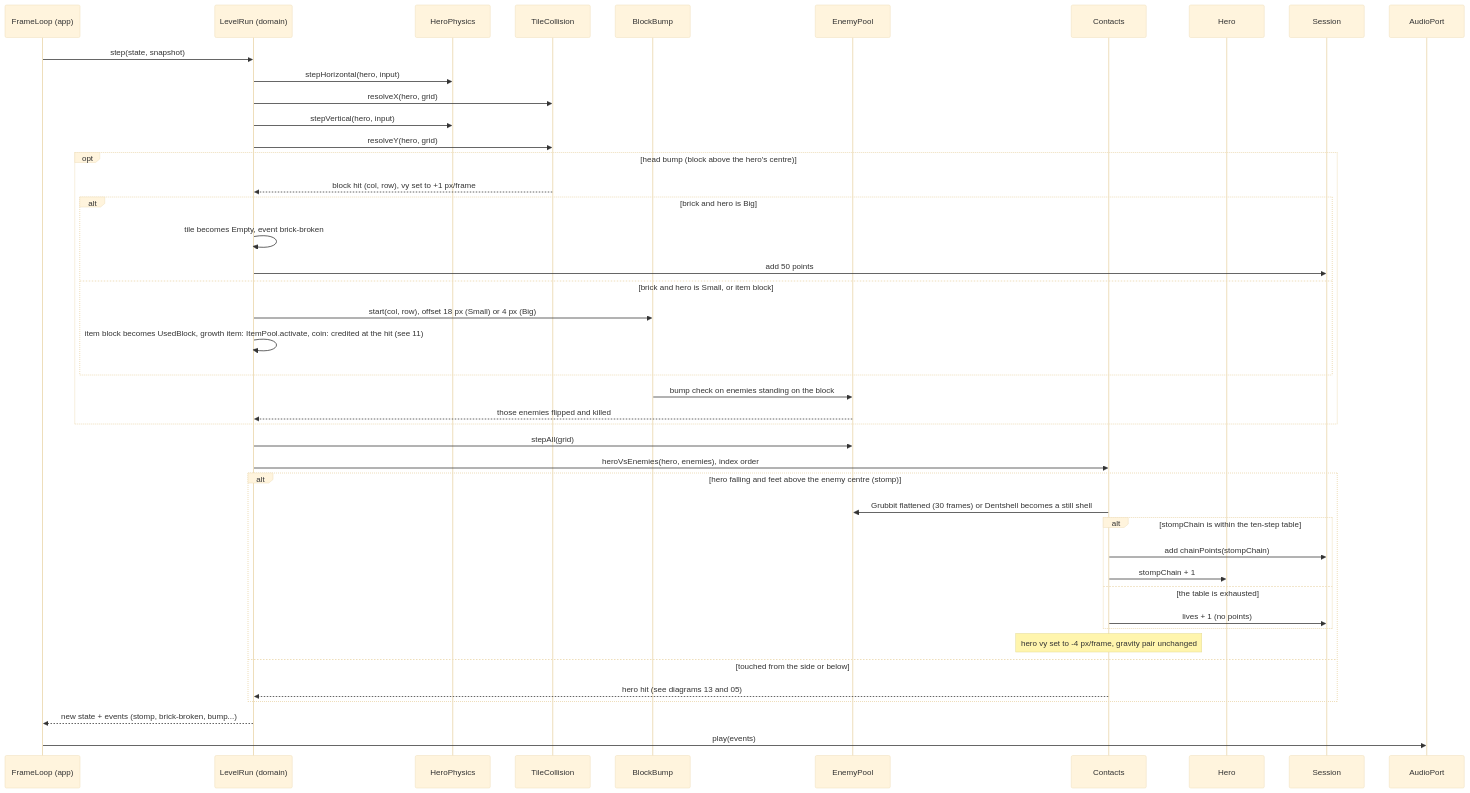
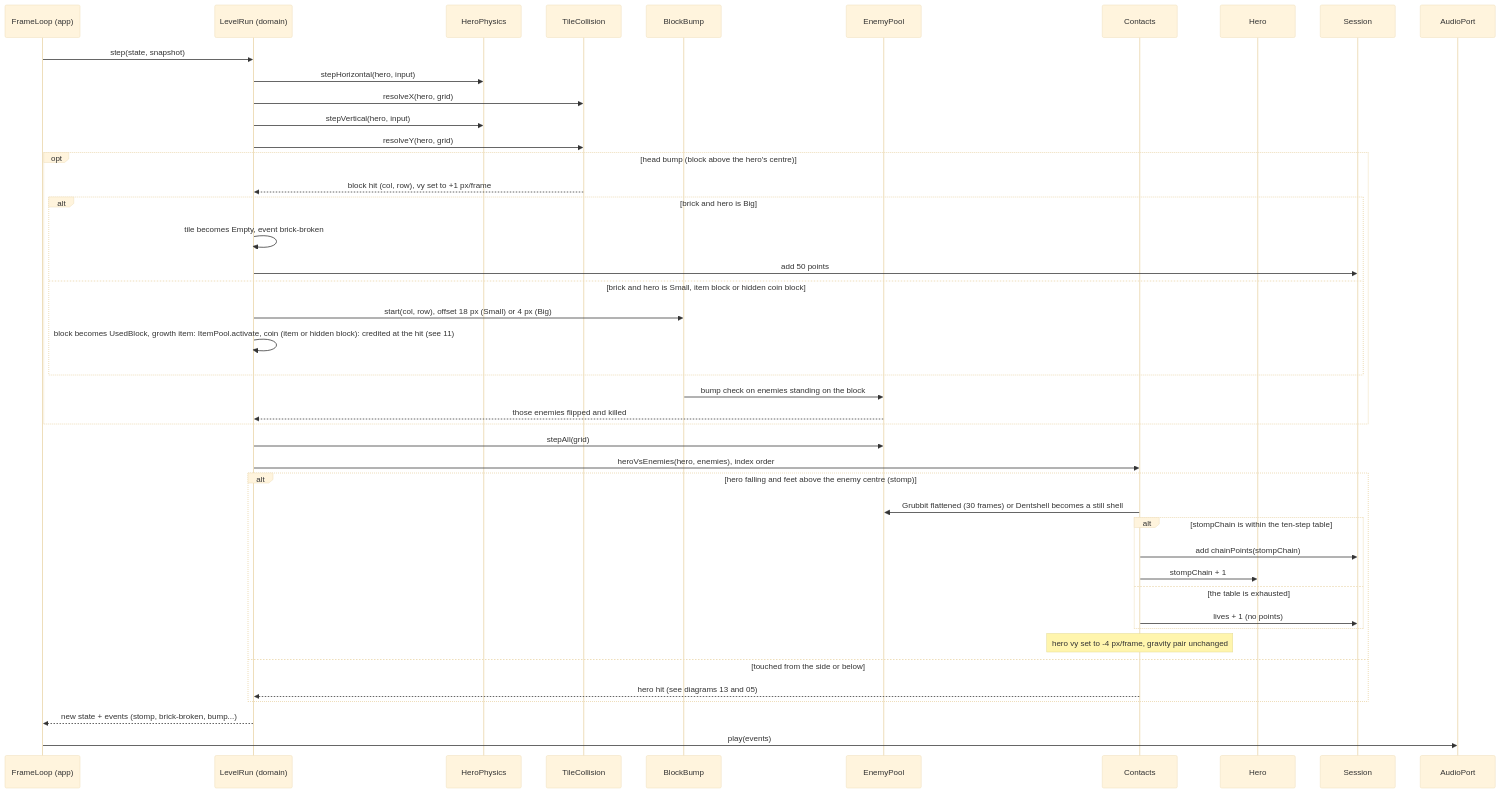
One commit to benoit-bremaud/retro-plumber changed the diagram in docs/architecture/diagrams/gameplay/10-sequence-collisions.md. Above: the diagram before and after it, drawn with Mermaid (base theme). The commit also changed other lines of this file and 2 other files, not shown here.

Commit message:
docs(uml): address fourth Codex review on sequences 06, 10, 11 (#7)

````diff
--- a/docs/architecture/diagrams/gameplay/10-sequence-collisions.md
+++ b/docs/architecture/diagrams/gameplay/10-sequence-collisions.md
@@ -14,46 +14,46 @@
 ```mermaid
 sequenceDiagram
     participant FL as FrameLoop (app)
     participant LR as LevelRun (domain)
     participant HP as HeroPhysics
     participant TC as TileCollision
     participant BB as BlockBump
     participant EP as EnemyPool
     participant Ct as Contacts
     participant H as Hero
     participant Sess as Session
     participant Snd as AudioPort
     FL->>LR: step(state, snapshot)
     LR->>HP: stepHorizontal(hero, input)
     LR->>TC: resolveX(hero, grid)
     LR->>HP: stepVertical(hero, input)
     LR->>TC: resolveY(hero, grid)
     opt head bump (block above the hero's centre)
         TC-->>LR: block hit (col, row), vy set to +1 px/frame
         alt brick and hero is Big
             LR->>LR: tile becomes Empty, event brick-broken
             LR->>Sess: add 50 points
-        else brick and hero is Small, or item block
+        else brick and hero is Small, item block or hidden coin block
             LR->>BB: start(col, row), offset 18 px (Small) or 4 px (Big)
-            LR->>LR: item block becomes UsedBlock, growth item: ItemPool.activate, coin: credited at the hit (see 11)
+            LR->>LR: block becomes UsedBlock, growth item: ItemPool.activate, coin (item or hidden block): credited at the hit (see 11)
         end
         BB->>EP: bump check on enemies standing on the block
         EP-->>LR: those enemies flipped and killed
     end
     LR->>EP: stepAll(grid)
     LR->>Ct: heroVsEnemies(hero, enemies), index order
     alt hero falling and feet above the enemy centre (stomp)
         Ct->>EP: Grubbit flattened (30 frames) or Dentshell becomes a still shell
         alt stompChain is within the ten-step table
             Ct->>Sess: add chainPoints(stompChain)
             Ct->>H: stompChain + 1
         else the table is exhausted
             Ct->>Sess: lives + 1 (no points)
         end
         Note over Ct: hero vy set to -4 px/frame, gravity pair unchanged
     else touched from the side or below
         Ct-->>LR: hero hit (see diagrams 13 and 05)
     end
     LR-->>FL: new state + events (stomp, brick-broken, bump...)
     FL->>Snd: play(events)
 ```
````
